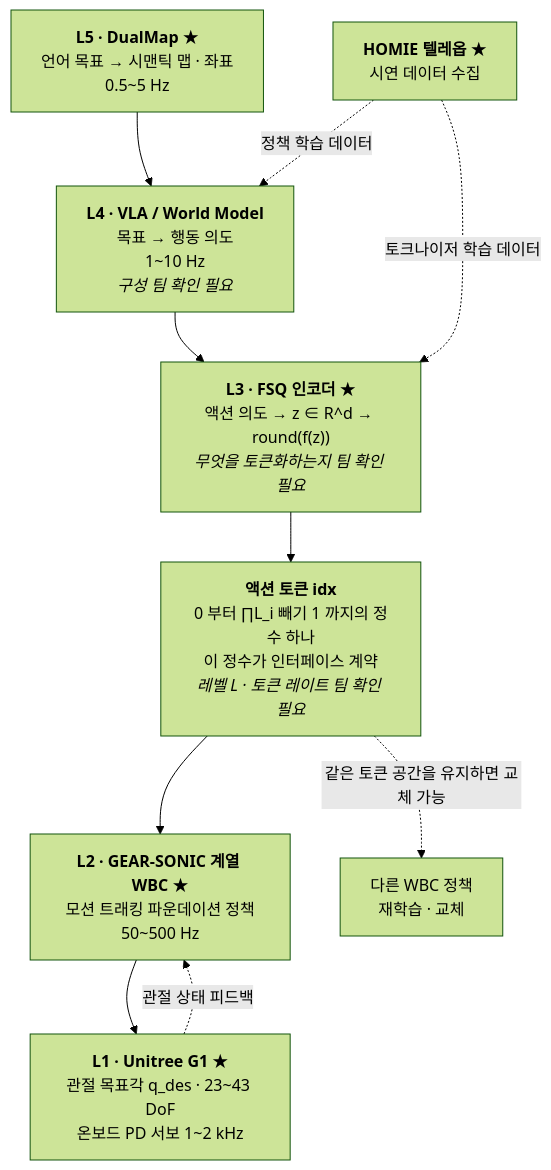
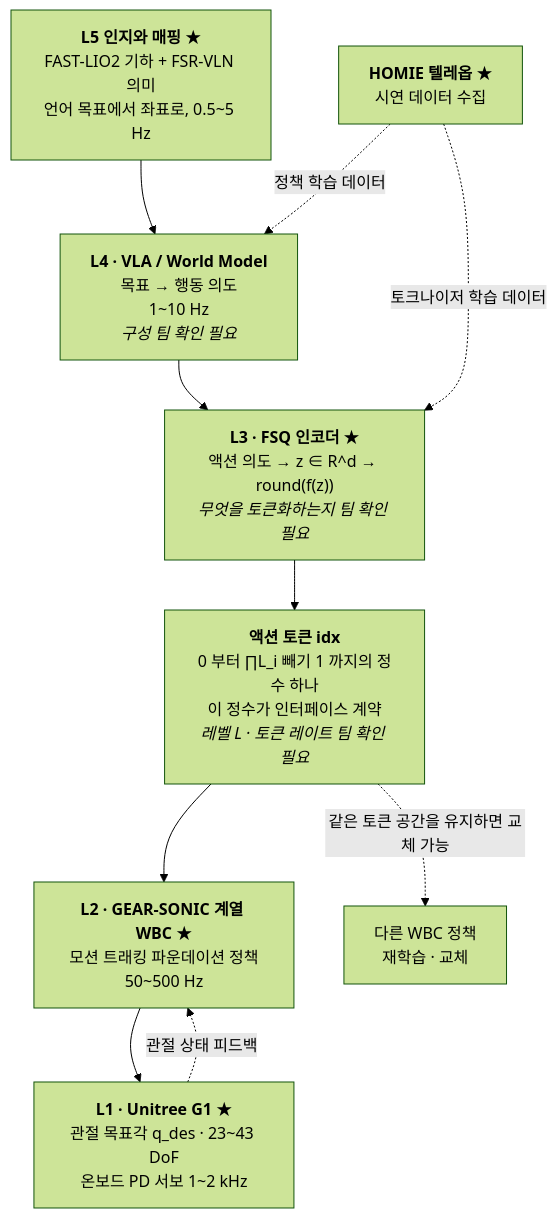
The third of 5 diagrams in course/w1-generative-core/05-latent-discrete-fsq/lesson.md (sguys99/physical-ai-study), drawn with Mermaid (forest theme) before and after one commit. The commit also changed 35 other files, not shown here.

First line of the commit message:
:sparkles: W1-M1에 회사 내비 스택(FAST-LIO2, Nav2, FSR-VLN)과 GR00T 반영

````diff
--- a/course/w1-generative-core/05-latent-discrete-fsq/lesson.md
+++ b/course/w1-generative-core/05-latent-discrete-fsq/lesson.md
@@ -434,15 +434,15 @@
 ```mermaid
 flowchart TB
-    L5["<b>L5 · DualMap</b> ★<br/>언어 목표 → 시맨틱 맵 · 좌표<br/>0.5~5 Hz"]
+    L5["<b>L5 인지와 매핑</b> ★<br/>FAST-LIO2 기하 + FSR-VLN 의미<br/>언어 목표에서 좌표로, 0.5~5 Hz"]
     L4["<b>L4 · VLA / World Model</b><br/>목표 → 행동 의도<br/>1~10 Hz<br/><i>구성 팀 확인 필요</i>"]
     ENC["<b>L3 · FSQ 인코더</b> ★<br/>액션 의도 → z ∈ R^d → round(f(z))<br/><i>무엇을 토큰화하는지 팀 확인 필요</i>"]
     TOK["<b>액션 토큰 idx</b><br/>0 부터 ∏L_i 빼기 1 까지의 정수 하나<br/>이 정수가 인터페이스 계약<br/><i>레벨 L · 토큰 레이트 팀 확인 필요</i>"]
     L2["<b>L2 · GEAR-SONIC 계열 WBC</b> ★<br/>모션 트래킹 파운데이션 정책<br/>50~500 Hz"]
     L1["<b>L1 · Unitree G1</b> ★<br/>관절 목표각 q_des · 23~43 DoF<br/>온보드 PD 서보 1~2 kHz"]
 
     L5 --> L4 --> ENC --> TOK --> L2 --> L1
     L1 -. 관절 상태 피드백 .-> L2
     HOMIE["<b>HOMIE 텔레옵</b> ★<br/>시연 데이터 수집"] -. 토크나이저 학습 데이터 .-> ENC
     HOMIE -. 정책 학습 데이터 .-> L4
     TOK -. 같은 토큰 공간을 유지하면 교체 가능 .-> ALT["다른 WBC 정책<br/>재학습 · 교체"]
 ```
````
